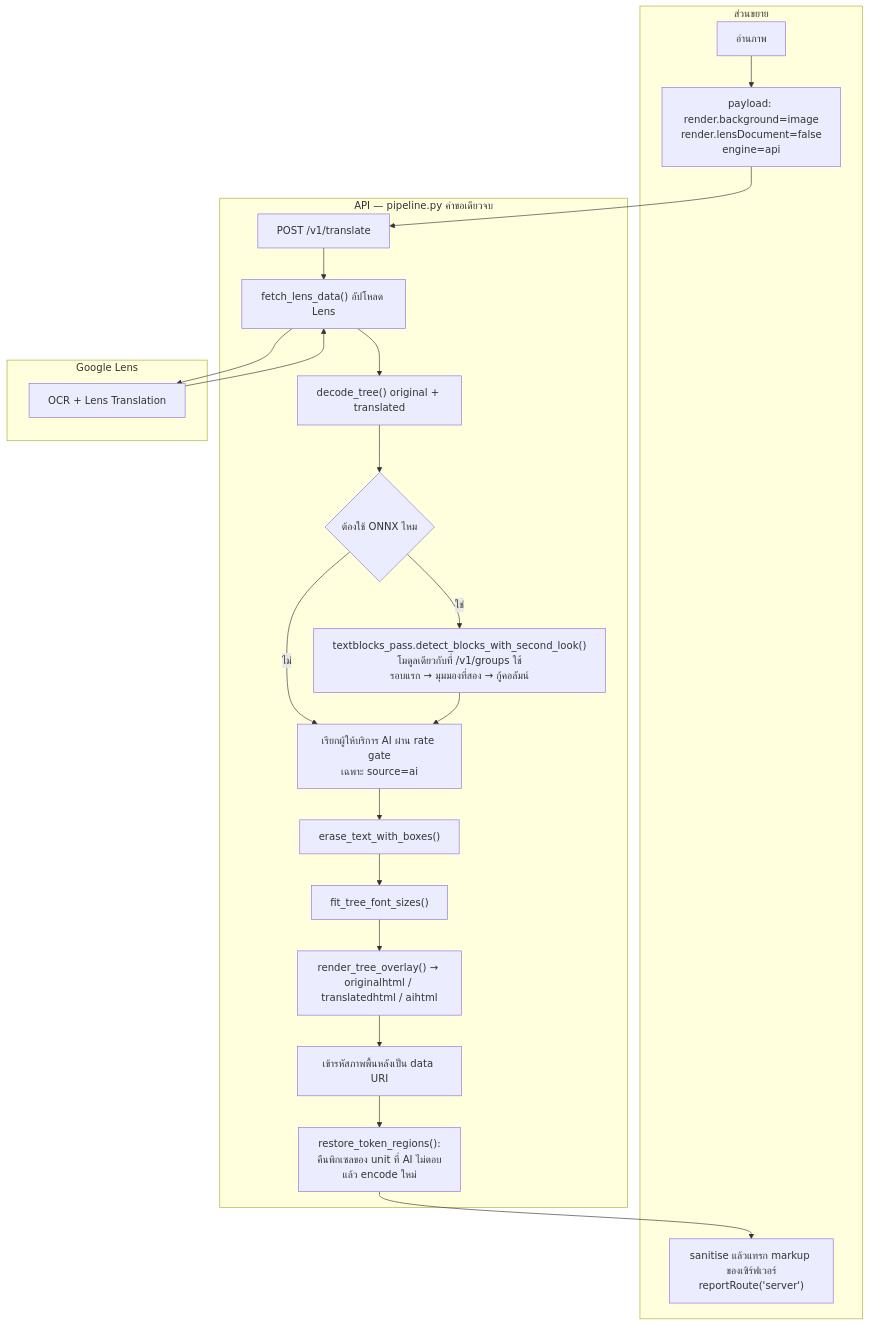
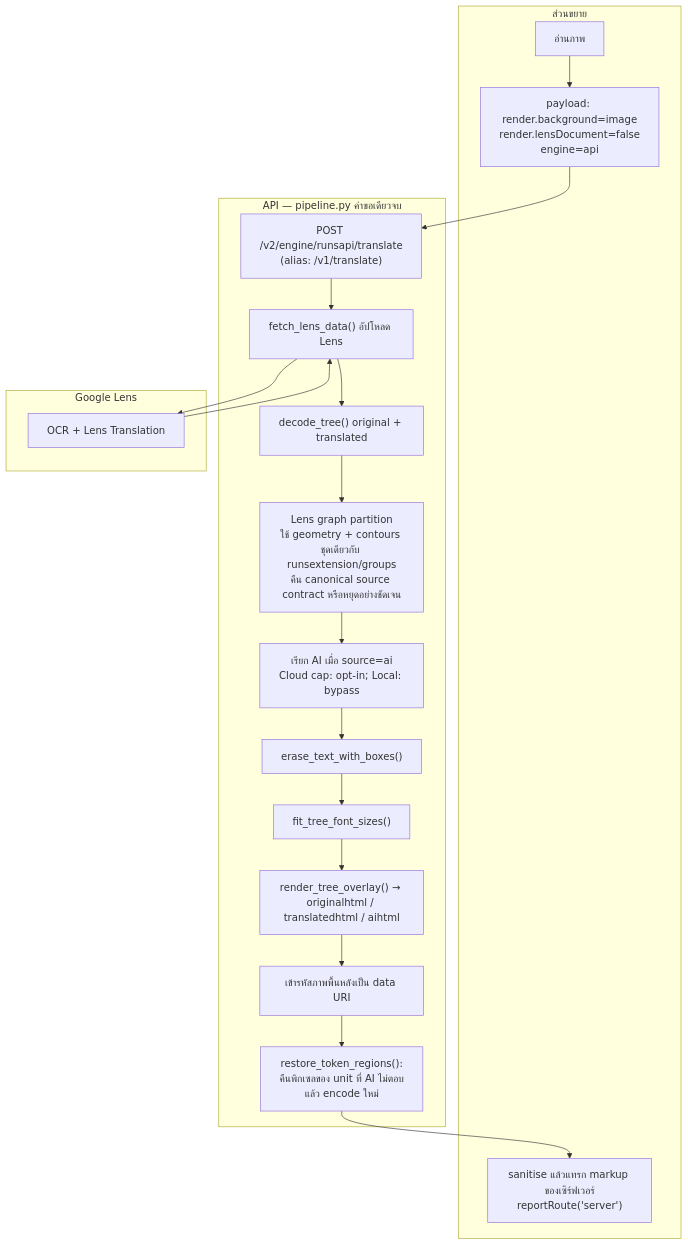
One commit to Kuju29/TextPhantomOCR_Overlay changed the fourth of 4 diagrams in api/README.md. Above: the diagram before and after it, drawn with Mermaid. The commit also changed other lines of this file and 639 other files, not shown here.

````diff
--- a/api/README.md
+++ b/api/README.md
@@ -107,44 +441,41 @@
 ```mermaid
 flowchart TD
 
 subgraph EXT["ส่วนขยาย"]
     A["อ่านภาพ"]
     PAY["payload: render.background=image<br/>render.lensDocument=false<br/>engine=api"]
     INS["sanitise แล้วแทรก markup ของเซิร์ฟเวอร์<br/>reportRoute('server')"]
 end
 
 subgraph API["API — pipeline.py คำขอเดียวจบ"]
-    V1["POST /v1/translate"]
+    V1["POST /v2/engine/runsapi/translate<br/>(alias: /v1/translate)"]
     L["fetch_lens_data() อัปโหลด Lens"]
     TREE["decode_tree() original + translated"]
-    DEC{"ต้องใช้ ONNX ไหม"}
-    ON["textblocks_pass.detect_blocks_with_second_look()<br/>โมดูลเดียวกับที่ /v1/groups ใช้<br/>รอบแรก → มุมมองที่สอง → กู้คอลัมน์"]
-    AICALL["เรียกผู้ให้บริการ AI ผ่าน rate gate<br/>เฉพาะ source=ai"]
+    GRAPH["Lens graph partition<br/>ใช้ geometry + contours ชุดเดียวกับ runsextension/groups<br/>คืน canonical source contract หรือหยุดอย่างชัดเจน"]
+    AICALL["เรียก AI เมื่อ source=ai<br/>Cloud cap: opt-in; Local: bypass"]
     ER["erase_text_with_boxes()"]
     RESTORE["restore_token_regions():<br/>คืนพิกเซลของ unit ที่ AI ไม่ตอบ<br/>แล้ว encode ใหม่"]
     FIT["fit_tree_font_sizes()"]
     RENDER["render_tree_overlay() → originalhtml / translatedhtml / aihtml"]
     PNG["เข้ารหัสภาพพื้นหลังเป็น data URI"]
 end
 
 subgraph LENS["Google Lens"]
     C["OCR + Lens Translation"]
 end
 
 A --> PAY
 PAY --> V1
 V1 --> L
 L --> C
 C --> L
 L --> TREE
-TREE --> DEC
-DEC -->|"ใช่"| ON
-DEC -->|"ไม่"| AICALL
-ON --> AICALL
+TREE --> GRAPH
+GRAPH --> AICALL
 AICALL --> ER
 ER --> FIT
 FIT --> RENDER
 RENDER --> PNG
 PNG --> RESTORE
 RESTORE --> INS
 ```
````
